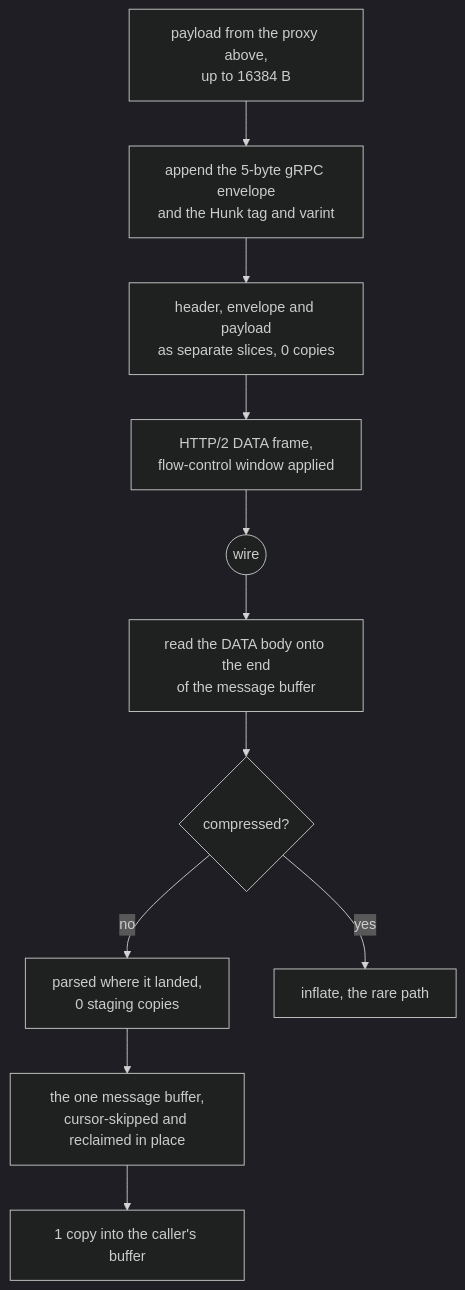
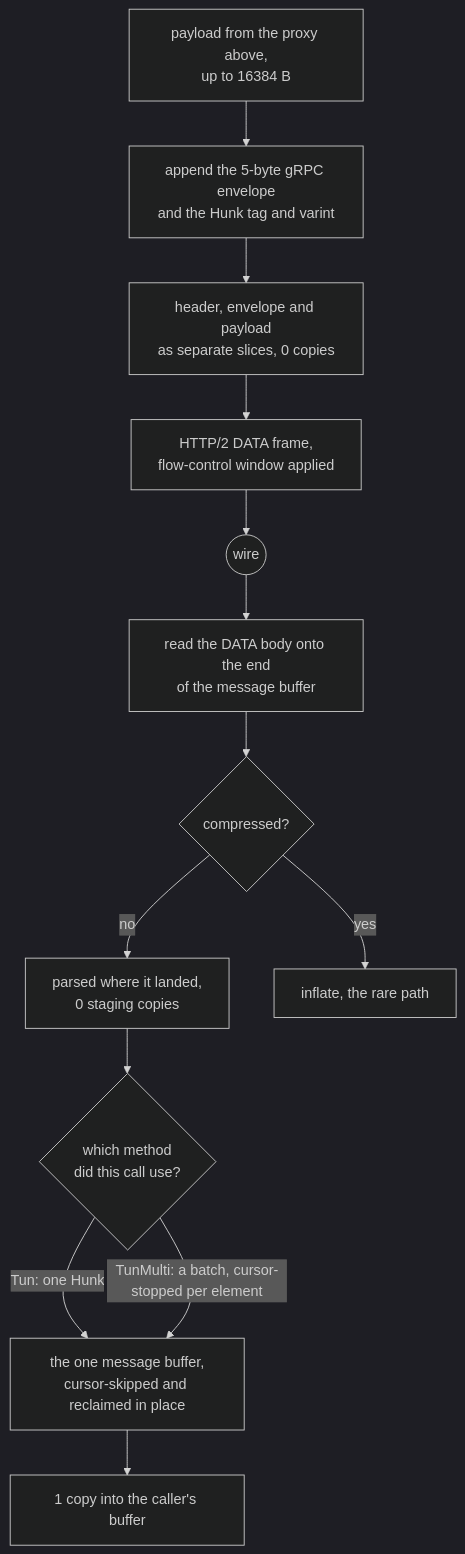
Before and after one commit to Ferrocite/ferrox: the diagram in docs/function/carrier-grpc.md, drawn with Mermaid (dark theme). The commit also changed other lines of this file and 3 other files, not shown here.

````diff
--- a/docs/function/carrier-grpc.md
+++ b/docs/function/carrier-grpc.md
@@ -33,13 +53,15 @@
 ```mermaid
 graph TD
     A["payload from the proxy above,<br/>up to 16384 B"] --> B["append the 5-byte gRPC envelope<br/>and the Hunk tag and varint"]
     B --> C["header, envelope and payload<br/>as separate slices, 0 copies"]
     C --> D["HTTP/2 DATA frame,<br/>flow-control window applied"]
     D --> E(("wire"))
     E --> F["read the DATA body onto the end<br/>of the message buffer"]
     F --> G{"compressed?"}
     G -- no --> H["parsed where it landed,<br/>0 staging copies"]
     G -- yes --> I["inflate, the rare path"]
-    H --> J["the one message buffer,<br/>cursor-skipped and reclaimed in place"]
+    H --> M{"which method<br/>did this call use?"}
+    M -- "Tun: one Hunk" --> J
+    M -- "TunMulti: a batch, cursor-stopped per element" --> J["the one message buffer,<br/>cursor-skipped and reclaimed in place"]
     J --> K["1 copy into the caller's buffer"]
 ```
````
